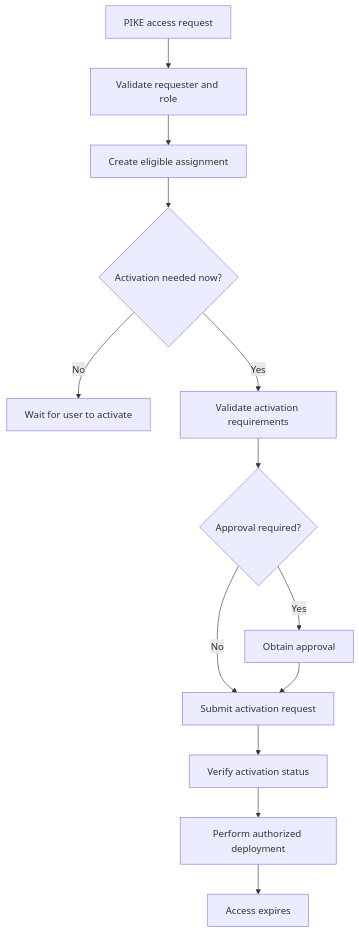
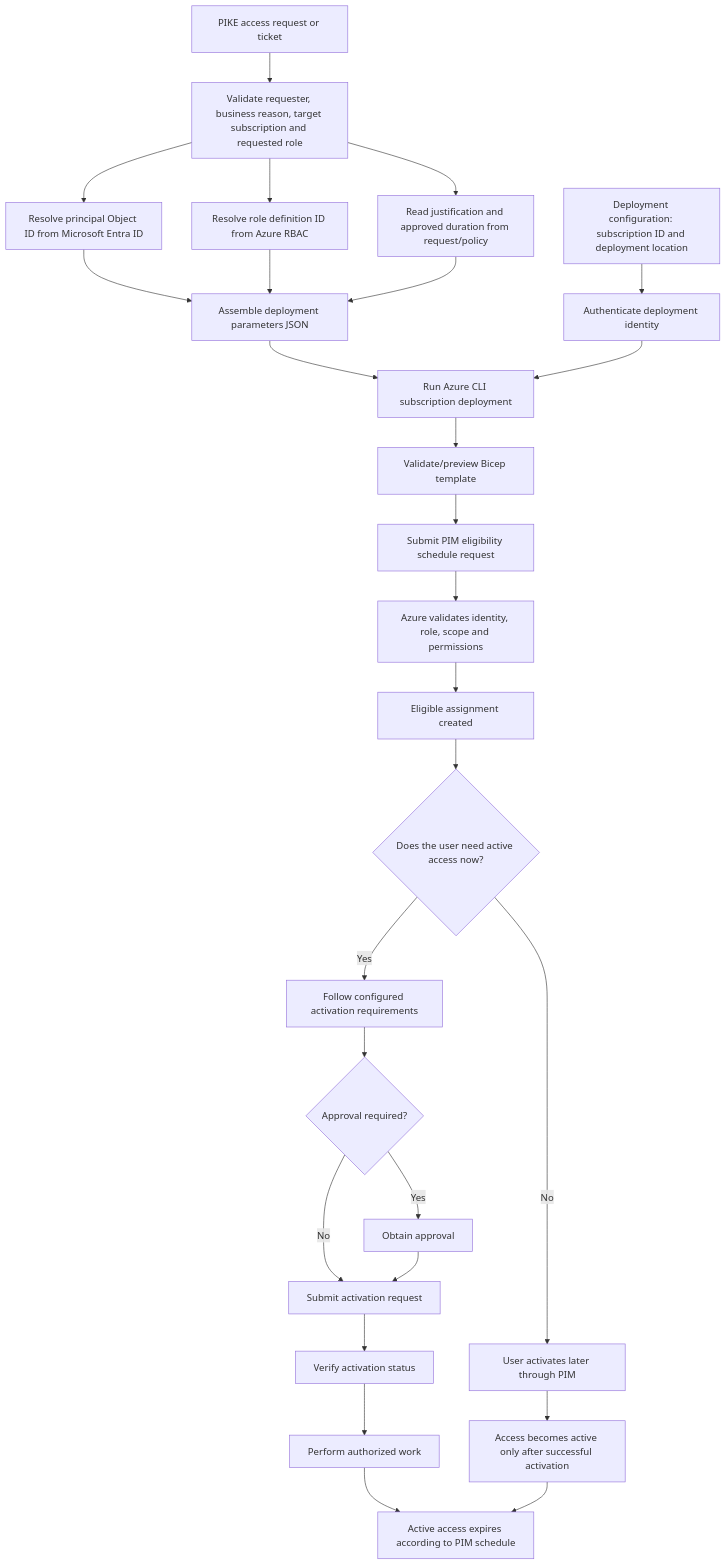
One commit to OLYMPUSPRIME/GPT-BIFROST changed the diagram in modules/pim/README.md. Above: the diagram before and after it, drawn with Mermaid. The commit also changed other lines of this file, not shown here.

Commit message:
docs(pim): document input sources and deployment workflow

````diff
--- a/modules/pim/README.md
+++ b/modules/pim/README.md
@@ -35,15 +48,29 @@
 ```mermaid
 flowchart TD
-    A[PIKE access request] --> B[Validate requester and role]
-    B --> C[Create eligible assignment]
-    C --> D{Activation needed now?}
-    D -->|No| E[Wait for user to activate]
-    D -->|Yes| F[Validate activation requirements]
-    F --> G{Approval required?}
-    G -->|Yes| H[Obtain approval]
-    G -->|No| I[Submit activation request]
+    A[PIKE access request or ticket] --> B[Validate requester, business reason, target subscription and requested role]
+    B --> C[Resolve principal Object ID from Microsoft Entra ID]
+    B --> D[Resolve role definition ID from Azure RBAC]
+    B --> E[Read justification and approved duration from request/policy]
+    C --> F[Assemble deployment parameters JSON]
+    D --> F
+    E --> F
+    G[Deployment configuration: subscription ID and deployment location] --> H[Authenticate deployment identity]
+    F --> I[Run Azure CLI subscription deployment]
     H --> I
-    I --> J[Verify activation status]
-    J --> K[Perform authorized deployment]
-    K --> L[Access expires]
+    I --> J[Validate/preview Bicep template]
+    J --> K[Submit PIM eligibility schedule request]
+    K --> L[Azure validates identity, role, scope and permissions]
+    L --> M[Eligible assignment created]
+    M --> N{Does the user need active access now?}
+    N -->|No| O[User activates later through PIM]
+    N -->|Yes| P[Follow configured activation requirements]
+    P --> Q{Approval required?}
+    Q -->|Yes| R[Obtain approval]
+    Q -->|No| S[Submit activation request]
+    R --> S
+    S --> T[Verify activation status]
+    T --> U[Perform authorized work]
+    O --> V[Access becomes active only after successful activation]
+    U --> W[Active access expires according to PIM schedule]
+    V --> W
 ```
````
